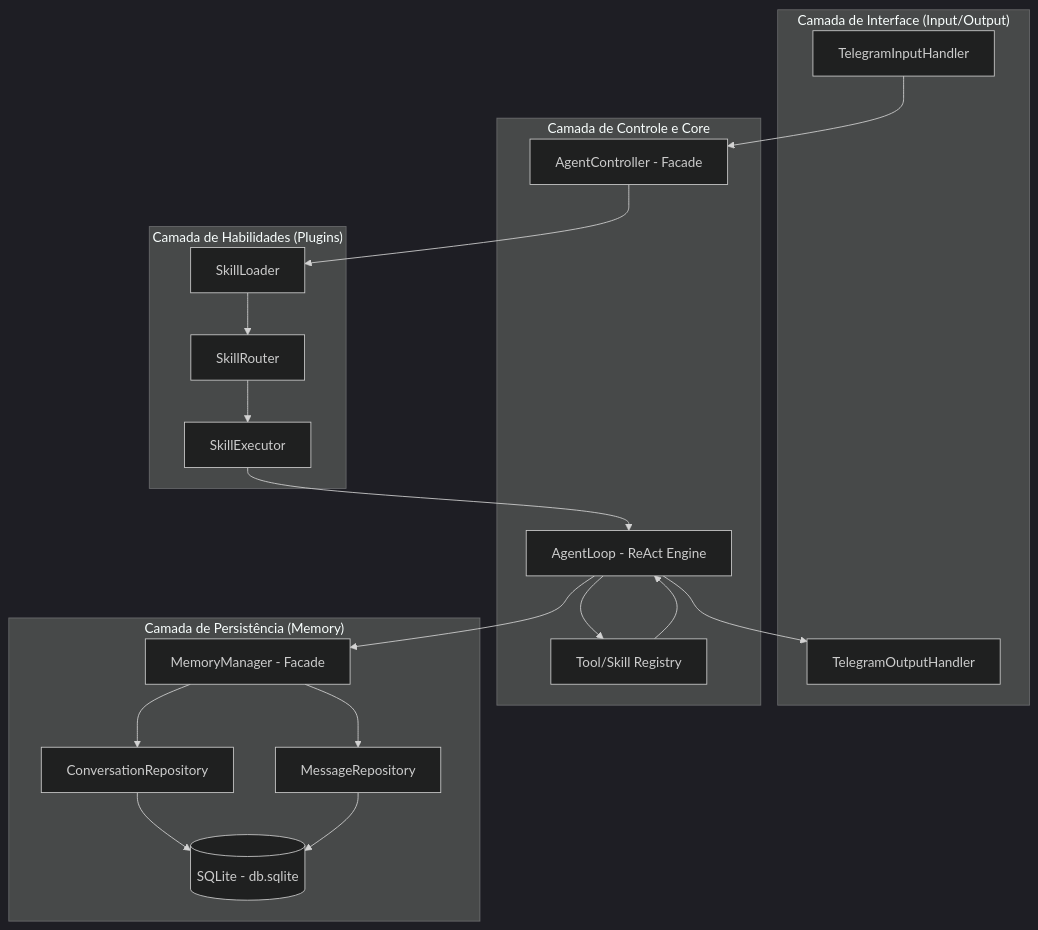
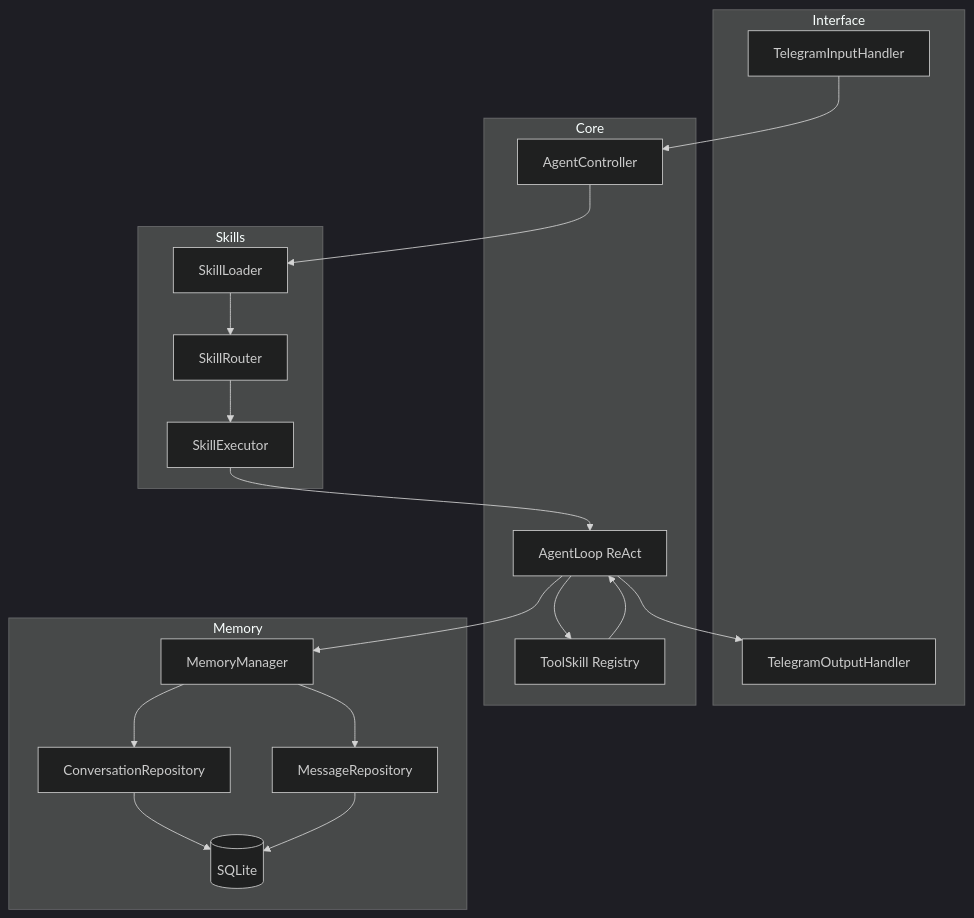
The second of 3 diagrams in README.md (Adriano1976/Agente_AdriClaw_Antigrevity), drawn with Mermaid (dark theme) before and after one commit. The commit also changed other lines of this file, not shown here.

````diff
--- a/README.md
+++ b/README.md
@@ -71,40 +70,40 @@
 ```mermaid
 graph TB
-    subgraph "Camada de Interface (Input/Output)"
+    subgraph Interface
         InputH[TelegramInputHandler]
         OutputH[TelegramOutputHandler]
     end
 
-    subgraph "Camada de Controle e Core"
-        Controller[AgentController - Facade]
-        Loop[AgentLoop - ReAct Engine]
-        Registry[Tool/Skill Registry]
+    subgraph Core
+        Controller[AgentController]
+        Loop[AgentLoop ReAct]
+        Registry[ToolSkill Registry]
     end
 
-    subgraph "Camada de Habilidades (Plugins)"
+    subgraph Skills
         SkillL[SkillLoader]
         SkillR[SkillRouter]
         SkillE[SkillExecutor]
     end
 
-    subgraph "Camada de Persistência (Memory)"
-        MemM[MemoryManager - Facade]
+    subgraph Memory
+        MemM[MemoryManager]
         ConvR[ConversationRepository]
         MsgR[MessageRepository]
-        DB[(SQLite - db.sqlite)]
+        DB[(SQLite)]
     end
 
     InputH --> Controller
     Controller --> SkillL
     SkillL --> SkillR
     SkillR --> SkillE
     SkillE --> Loop
     Loop --> MemM
     Loop --> Registry
     Registry --> Loop
     MemM --> ConvR
     MemM --> MsgR
     ConvR --> DB
     MsgR --> DB
     Loop --> OutputH
 ```
````
